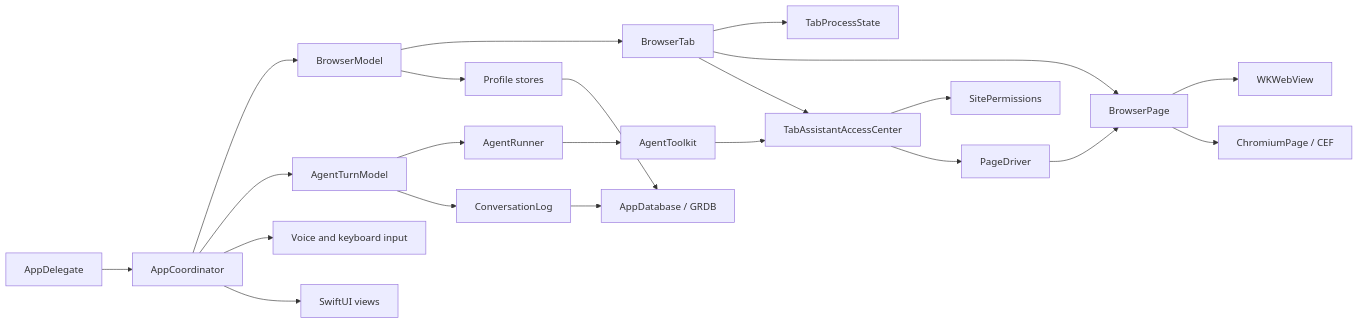
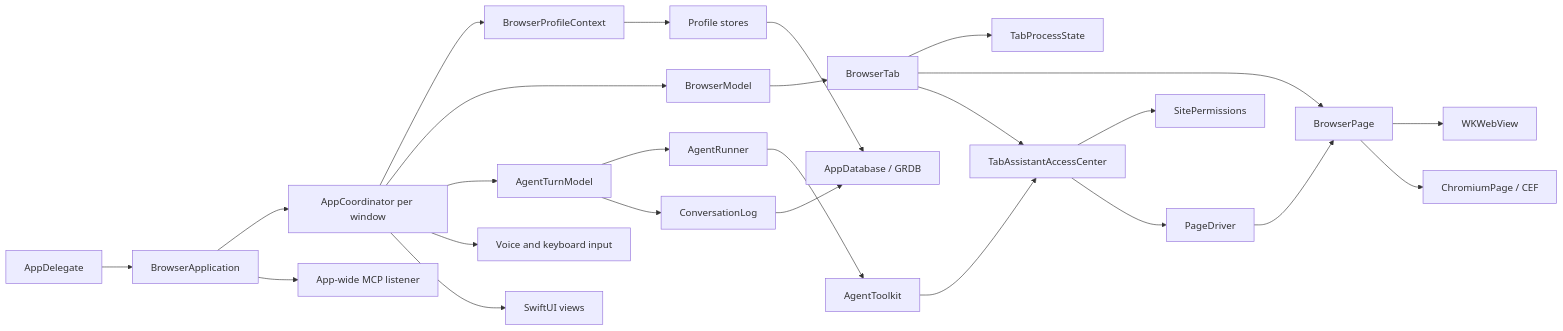
The diagram in ARCHITECTURE.md (wsagency/wsurf), drawn with Mermaid before and after one commit. The commit also changed other lines of this file and 327 other files, not shown here.

````diff
--- a/ARCHITECTURE.md
+++ b/ARCHITECTURE.md
@@ -9,24 +9,27 @@
 ```mermaid
 flowchart LR
-    App["AppDelegate"] --> Coordinator["AppCoordinator"]
+    App["AppDelegate"] --> Application["BrowserApplication"]
+    Application --> Coordinator["AppCoordinator per window"]
+    Application --> MCP["App-wide MCP listener"]
+    Coordinator --> Context["BrowserProfileContext"]
     Coordinator --> Browser["BrowserModel"]
     Coordinator --> Turns["AgentTurnModel"]
     Turns --> Agent["AgentRunner"]
     Coordinator --> Input["Voice and keyboard input"]
     Browser --> Tabs["BrowserTab"]
     Tabs --> Process["TabProcessState"]
     Tabs --> Page["BrowserPage"]
     Page --> WebKit["WKWebView"]
     Page --> Chromium["ChromiumPage / CEF"]
     Agent --> Toolkit["AgentToolkit"]
     Tabs --> Access["TabAssistantAccessCenter"]
     Access --> Permissions["SitePermissions"]
     Toolkit --> Access
     Access --> Driver["PageDriver"]
     Driver --> Page
-    Browser --> Stores["Profile stores"]
+    Context --> Stores["Profile stores"]
     Turns --> Log["ConversationLog"]
     Stores --> Database["AppDatabase / GRDB"]
     Log --> Database
     Coordinator --> Views["SwiftUI views"]
 ```
````
